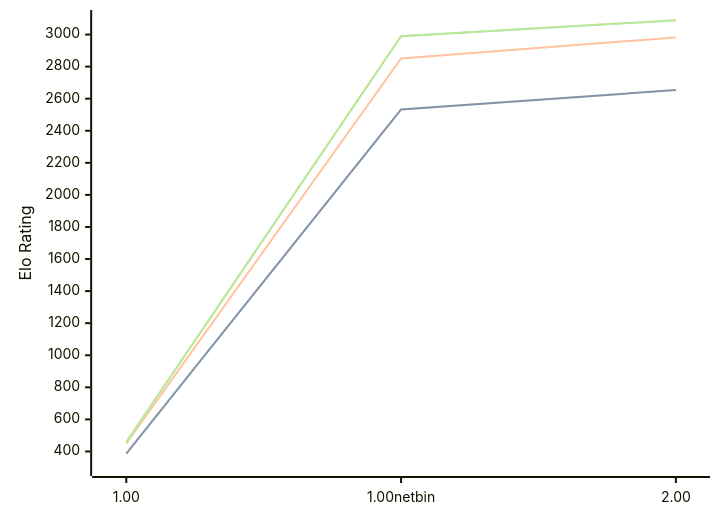
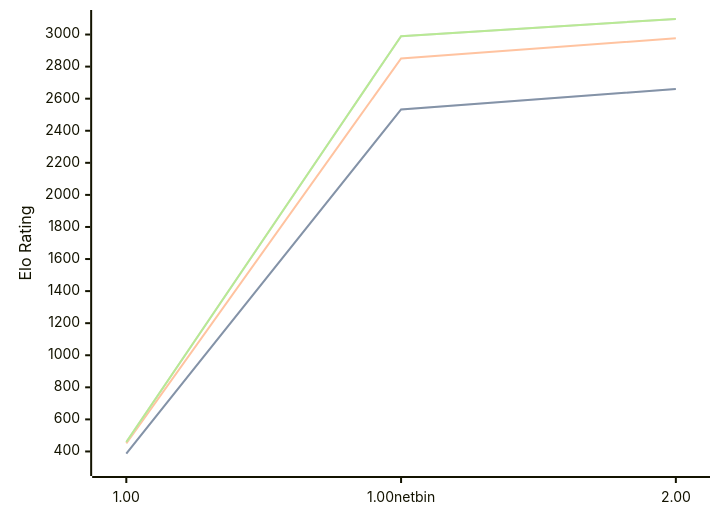
One commit to computer-chess-index/cci changed the first of 3 diagrams in engines/Gilipol.md. Above: the diagram before and after it, drawn with Mermaid. The commit also changed other lines of this file, not shown here.

Commit message:
Update CCI Ratings (ELO VLTC) - 2026-06-20

````diff
--- a/engines/Gilipol.md
+++ b/engines/Gilipol.md
@@ -33,11 +33,11 @@
 ```mermaid
 %%{init: {"theme":"base","themeVariables":{"seriesColors:['#a3a3a3','#222221','#faa371']}}}%%
 xychart-beta
   x-axis ["1.00", "1.00netbin", "2.00"]
   y-axis "Elo Rating" 300 --> 3100
-  line "STC (8.0+0.08s)" [387, 2533, 2654]
-  line "STC (8.0+0.08s)" [387, 2533, 2654]
-  line "LTC (60.0+0.60s)" [450, 2851, 2982]
-  line "VLTC (2m24s+1.12s)" [459, 2990, 3089]
-  line "VLTC (2m24s+1.12s)" [459, 2990, 3089]
+  line "STC (8.0+0.08s)" [387, 2533, 2660]
+  line "STC (8.0+0.08s)" [387, 2533, 2660]
+  line "LTC (60.0+0.60s)" [450, 2851, 2977]
+  line "VLTC (2m24s+1.12s)" [459, 2990, 3097]
+  line "VLTC (2m24s+1.12s)" [459, 2990, 3097]
 ```
````
